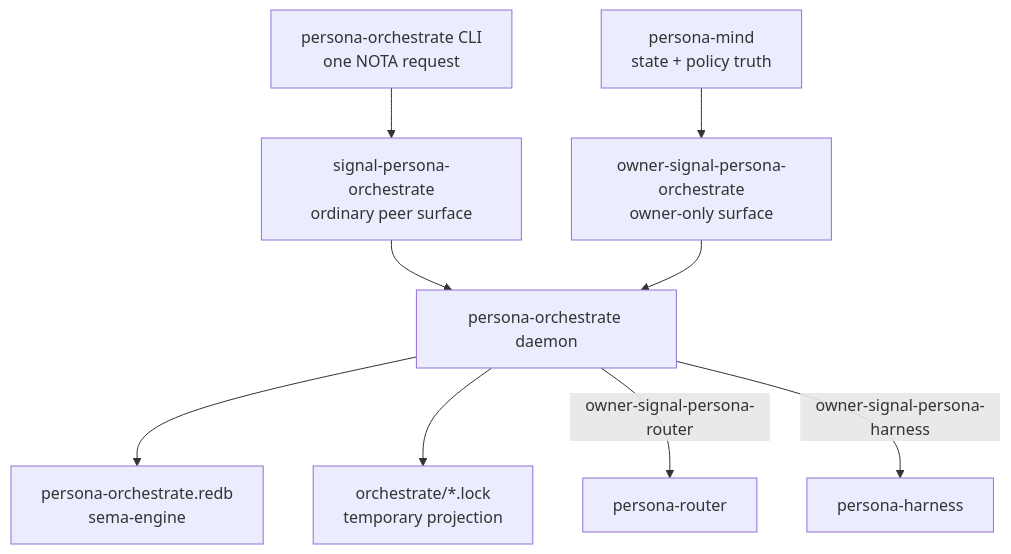
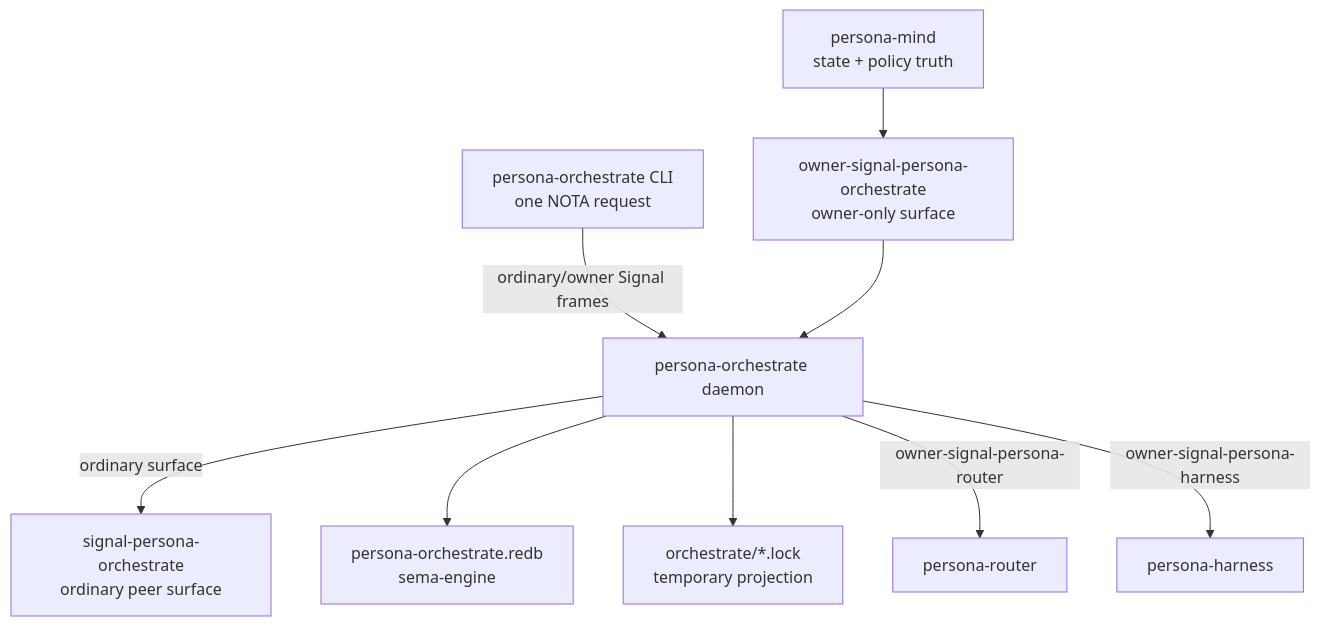
One commit to LiGoldragon/orchestrate changed the diagram in ARCHITECTURE.md. Above: the diagram before and after it, drawn with Mermaid. The commit also changed other lines of this file and 7 other files, not shown here.

````diff
--- a/ARCHITECTURE.md
+++ b/ARCHITECTURE.md
@@ -35,21 +33,21 @@
 ```mermaid
 flowchart TB
     mind["persona-mind<br/>state + policy truth"]
     cli["persona-orchestrate CLI<br/>one NOTA request"]
     daemon["persona-orchestrate daemon"]
     ordinary["signal-persona-orchestrate<br/>ordinary peer surface"]
     owner["owner-signal-persona-orchestrate<br/>owner-only surface"]
     store["persona-orchestrate.redb<br/>sema-engine"]
     router["persona-router"]
     harness["persona-harness"]
     locks["orchestrate/*.lock<br/>temporary projection"]
 
-    cli --> ordinary
-    ordinary --> daemon
+    cli -- "ordinary/owner Signal frames" --> daemon
+    daemon -- "ordinary surface" --> ordinary
     mind --> owner
     owner --> daemon
     daemon --> store
     daemon --> locks
     daemon -- "owner-signal-persona-router" --> router
     daemon -- "owner-signal-persona-harness" --> harness
 ```
````
